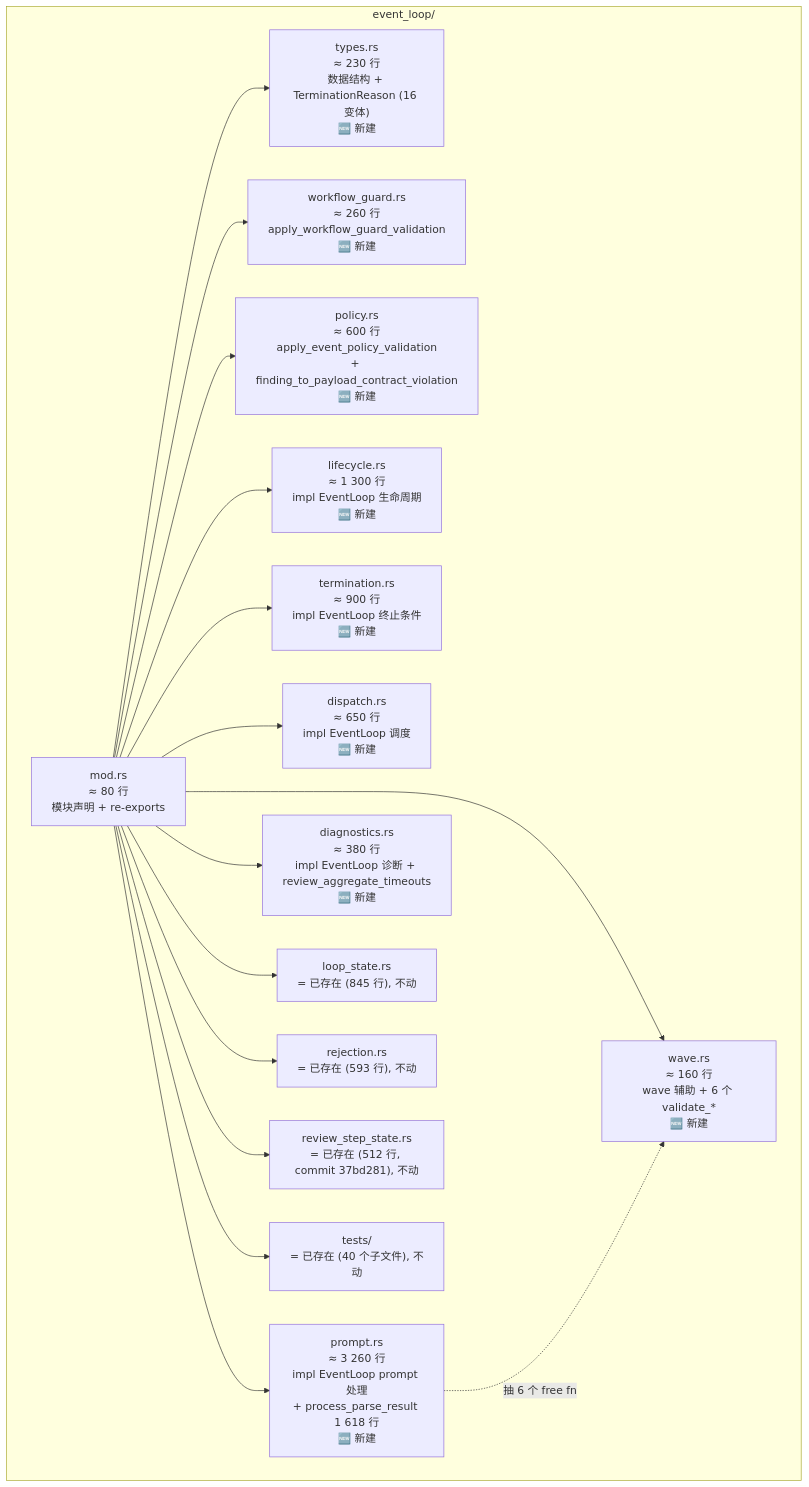
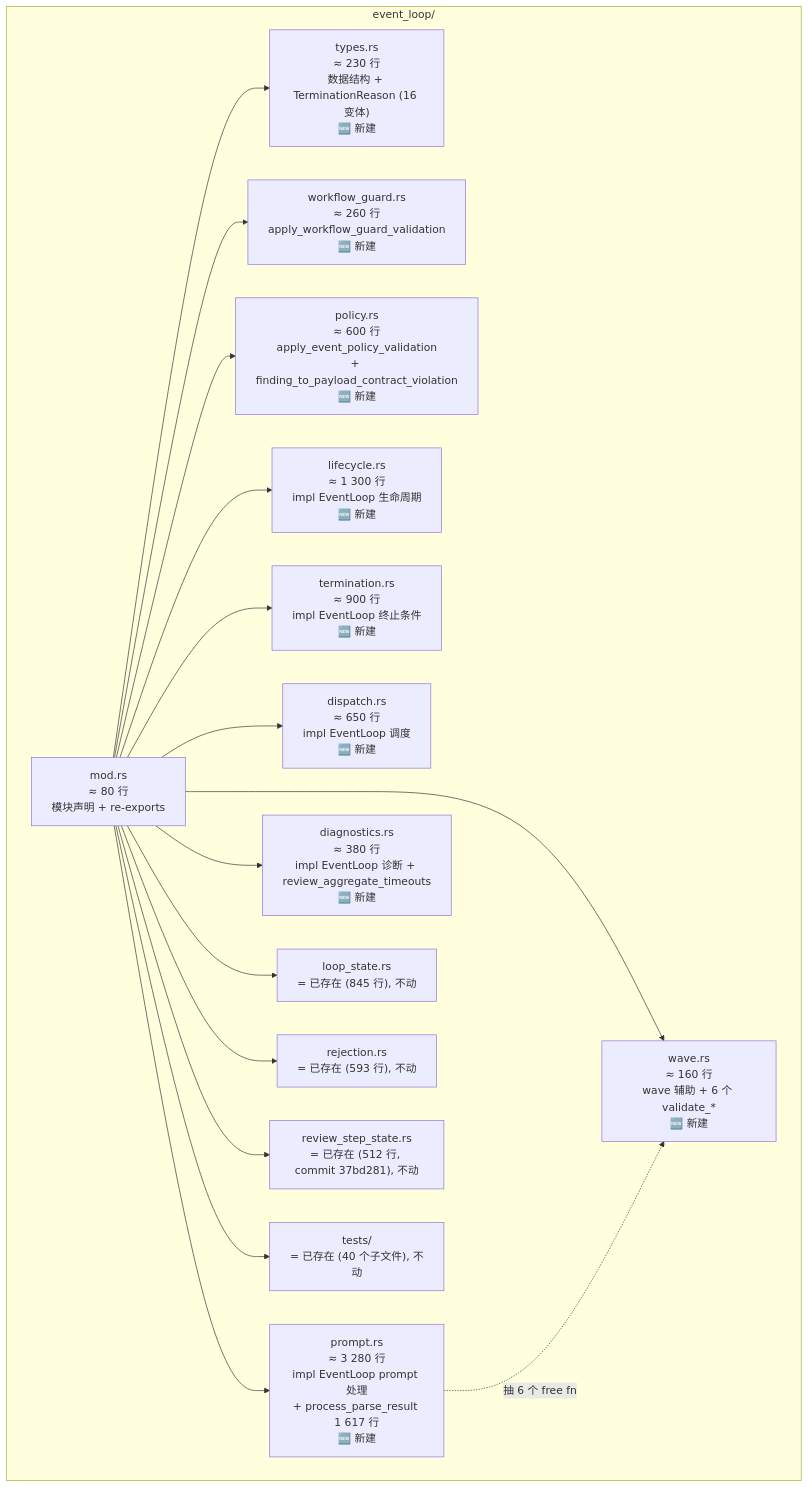
The first of 3 diagrams in docs/plans/2026-06-10-003-refactor-event-loop-and-loop-runner-tests-split-plan.md (pittcat/ralph-orchestrator), drawn with Mermaid before and after one commit. The commit also changed other lines of this file, not shown here.

````diff
--- a/docs/plans/2026-06-10-003-refactor-event-loop-and-loop-runner-tests-split-plan.md
+++ b/docs/plans/2026-06-10-003-refactor-event-loop-and-loop-runner-tests-split-plan.md
@@ -96,33 +97,33 @@
 ```mermaid
 flowchart TB
   subgraph event_loop["event_loop/"]
     mod_rs["mod.rs<br/>≈ 80 行<br/>模块声明 + re-exports"]
     types["types.rs<br/>≈ 230 行<br/>数据结构 + TerminationReason (16 变体)<br/>🆕 新建"]
     workflow["workflow_guard.rs<br/>≈ 260 行<br/>apply_workflow_guard_validation<br/>🆕 新建"]
     policy["policy.rs<br/>≈ 600 行<br/>apply_event_policy_validation<br/>+ finding_to_payload_contract_violation<br/>🆕 新建"]
     lifecycle["lifecycle.rs<br/>≈ 1 300 行<br/>impl EventLoop 生命周期<br/>🆕 新建"]
     termination["termination.rs<br/>≈ 900 行<br/>impl EventLoop 终止条件<br/>🆕 新建"]
     dispatch["dispatch.rs<br/>≈ 650 行<br/>impl EventLoop 调度<br/>🆕 新建"]
-    prompt["prompt.rs<br/>≈ 3 260 行<br/>impl EventLoop prompt 处理<br/>+ process_parse_result 1 618 行<br/>🆕 新建"]
+    prompt["prompt.rs<br/>≈ 3 280 行<br/>impl EventLoop prompt 处理<br/>+ process_parse_result 1 617 行<br/>🆕 新建"]
     diagnostics["diagnostics.rs<br/>≈ 380 行<br/>impl EventLoop 诊断 + review_aggregate_timeouts<br/>🆕 新建"]
     wave["wave.rs<br/>≈ 160 行<br/>wave 辅助 + 6 个 validate_*<br/>🆕 新建"]
     loop_state["loop_state.rs<br/>= 已存在 (845 行), 不动"]
     rejection["rejection.rs<br/>= 已存在 (593 行), 不动"]
     review_step["review_step_state.rs<br/>= 已存在 (512 行, commit 37bd281), 不动"]
     tests["tests/<br/>= 已存在 (40 个子文件), 不动"]
   end
   mod_rs --> types
   mod_rs --> workflow
   mod_rs --> policy
   mod_rs --> lifecycle
   mod_rs --> termination
   mod_rs --> dispatch
   mod_rs --> prompt
   mod_rs --> diagnostics
   mod_rs --> wave
   mod_rs --> loop_state
   mod_rs --> rejection
   mod_rs --> review_step
   mod_rs --> tests
   prompt -.抽 6 个 free fn.-> wave
 ```
````
